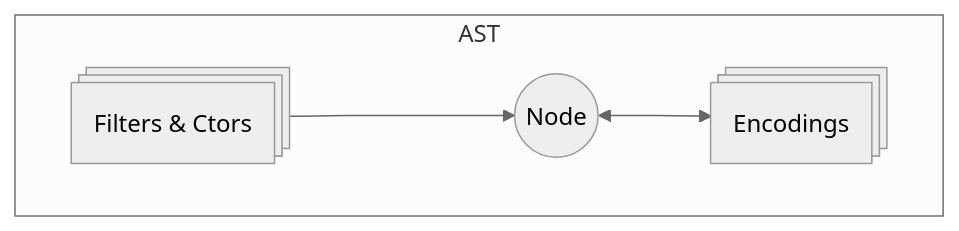
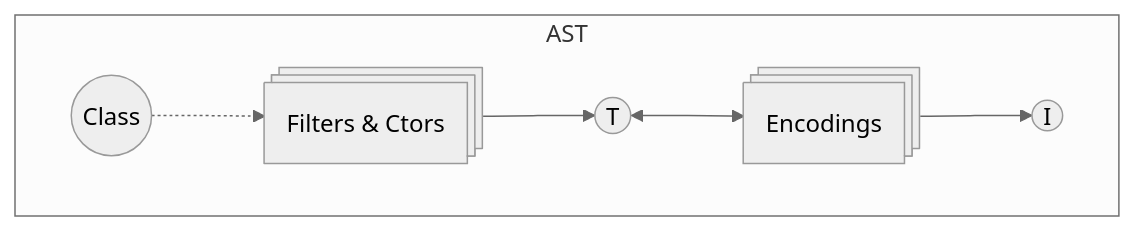
The diagram in SCHEMA.md (Effect-TS/effect-smol), drawn with Mermaid (neutral theme) before and after one commit. The commit also changed 2 other files, not shown here.

Commit message:
fix encodeTo interface

````diff
--- a/SCHEMA.md
+++ b/SCHEMA.md
@@ -5,7 +5,9 @@
 ```mermaid
 flowchart TD
   subgraph AST
-    C@{ shape: procs, label: "Filters & Ctors"} ---> A@{ shape: circle, label: "Node" }
+    C@{ shape: procs, label: "Filters & Ctors"} --> A@{ shape: circle, label: "T" }
     A <--> B@{ shape: procs, label: "Encodings"}
+    B --> D@{ shape: circle, label: "I" }
+    E@{ shape: circle, label: "Class" } .-> C
   end
 ```
````
